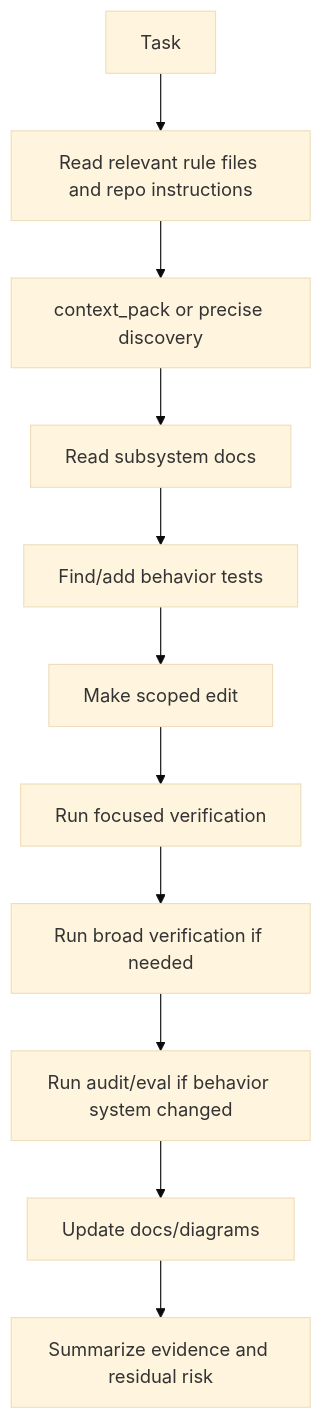
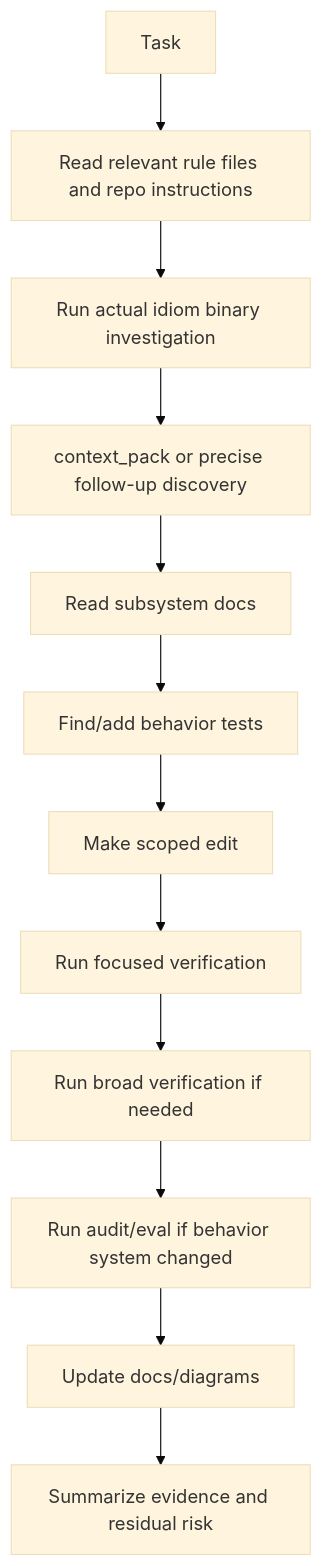
Before and after one commit to BLuchterhand/Idiom: the diagram in docs/obsidian/14 - Maintenance Playbooks.md, drawn with Mermaid (base theme). The commit also changed other lines of this file and 39 other files, not shown here.

````diff
--- a/docs/obsidian/14 - Maintenance Playbooks.md
+++ b/docs/obsidian/14 - Maintenance Playbooks.md
@@ -15,16 +15,17 @@
 ```mermaid
 flowchart TD
     Task["Task"]
     Rules["Read relevant rule files and repo instructions"]
-    Pack["context_pack or precise discovery"]
+    Idiom["Run actual idiom binary investigation"]
+    Pack["context_pack or precise follow-up discovery"]
     Docs["Read subsystem docs"]
     Tests["Find/add behavior tests"]
     Edit["Make scoped edit"]
     Focused["Run focused verification"]
     Broad["Run broad verification if needed"]
     Audit["Run audit/eval if behavior system changed"]
     DocsUpdate["Update docs/diagrams"]
     Final["Summarize evidence and residual risk"]
 
-    Task --> Rules --> Pack --> Docs --> Tests --> Edit --> Focused --> Broad --> Audit --> DocsUpdate --> Final
+    Task --> Rules --> Idiom --> Pack --> Docs --> Tests --> Edit --> Focused --> Broad --> Audit --> DocsUpdate --> Final
 ```
````
